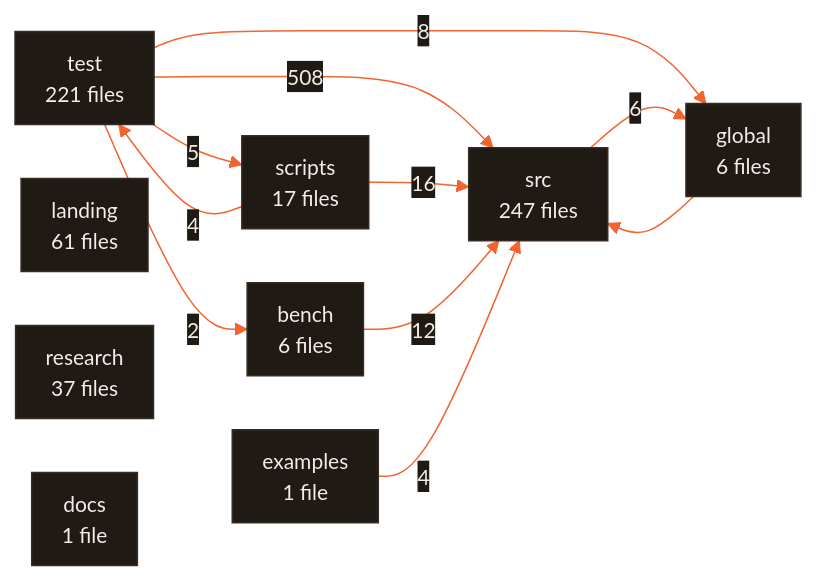
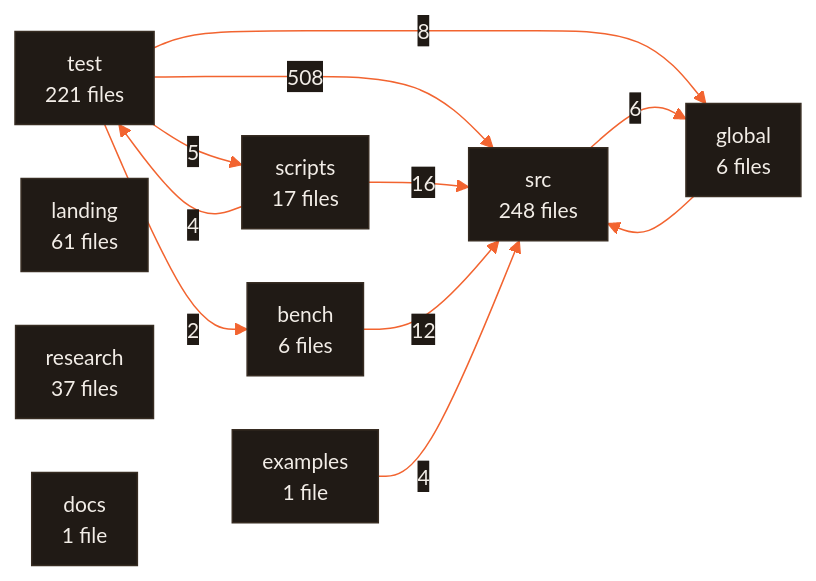
The diagram in ARCHITECTURE.md (CodeWithJuber/forgekit), drawn with Mermaid before and after one commit. The commit also changed 4 other files, not shown here.

````diff
--- a/ARCHITECTURE.md
+++ b/ARCHITECTURE.md
@@ -680,23 +680,23 @@
 ```mermaid
 %%{init: {'theme':'base','themeVariables':{'primaryColor':'#201a15','primaryTextColor':'#f2ede7','primaryBorderColor':'#372c22','lineColor':'#f26430','secondaryColor':'#272019','tertiaryColor':'#171310','edgeLabelBackground':'#201a15','clusterBkg':'#171310','clusterBorder':'#4a3b2e','fontFamily':'ui-sans-serif, system-ui, sans-serif','fontSize':'14px'},'flowchart':{'curve':'basis','padding':10,'nodeSpacing':36,'rankSpacing':44}}}%%
 flowchart LR
-  src["src<br/>247 files"]
+  src["src<br/>248 files"]
   test["test<br/>221 files"]
   landing["landing<br/>61 files"]
   research["research<br/>37 files"]
   scripts["scripts<br/>17 files"]
   bench["bench<br/>6 files"]
   global["global<br/>6 files"]
   docs["docs<br/>1 file"]
   examples["examples<br/>1 file"]
   test -- 508 --> src
   scripts -- 16 --> src
   bench -- 12 --> src
   test -- 8 --> global
   src -- 6 --> global
   test -- 5 --> scripts
   examples -- 4 --> src
   scripts -- 4 --> test
   test -- 2 --> bench
   global --> src
 ```
````
